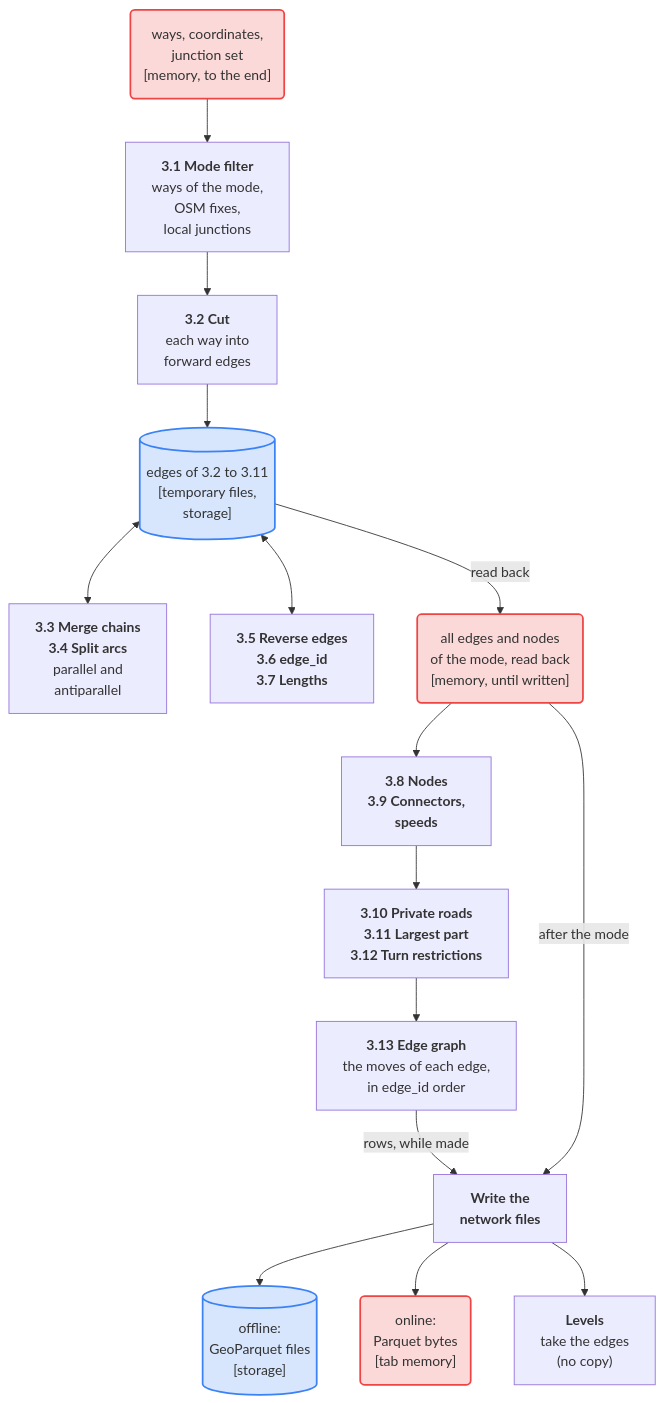
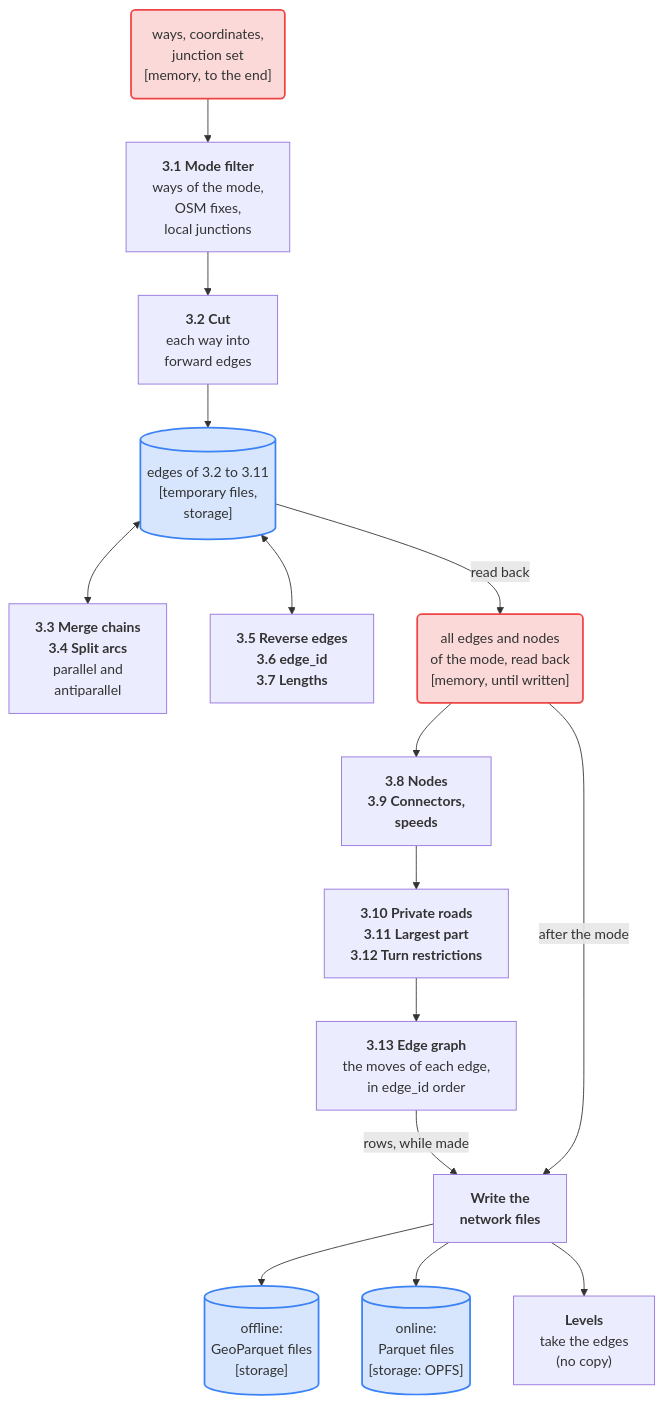
The third of 3 diagrams in docs/concepts/offline-online.md (Khoshkhah/duckOSM), drawn with Mermaid before and after one commit. The commit also changed other lines of this file, not shown here.

First line of the commit message:
Docs: online, the result files go straight to OPFS (Studio PR 151)

````diff
--- a/docs/concepts/offline-online.md
+++ b/docs/concepts/offline-online.md
@@ -133,33 +131,33 @@
 ```mermaid
 flowchart TB
     IN("ways, coordinates,<br/>junction set<br/>[memory, to the end]")
     S0["<b>3.1 Mode filter</b><br/>ways of the mode,<br/>OSM fixes,<br/>local junctions"]
     S1["<b>3.2 Cut</b><br/>each way into<br/>forward edges"]
     M1[("edges of 3.2 to 3.11<br/>[temporary files,<br/>storage]")]
     S2["<b>3.3 Merge chains</b><br/><b>3.4 Split arcs</b><br/>parallel and<br/>antiparallel"]
     S5["<b>3.5 Reverse edges</b><br/><b>3.6 edge_id</b><br/><b>3.7 Lengths</b>"]
     M5("all edges and nodes<br/>of the mode, read back<br/>[memory, until written]")
     S8["<b>3.8 Nodes</b><br/><b>3.9 Connectors,</b><br/><b>speeds</b>"]
     S9["<b>3.10 Private roads</b><br/><b>3.11 Largest part</b><br/><b>3.12 Turn restrictions</b>"]
     S9b["<b>3.13 Edge graph</b><br/>the moves of each edge,<br/>in edge_id order"]
     W["<b>Write the</b><br/><b>network files</b>"]
     LV["<b>Levels</b><br/>take the edges<br/>(no copy)"]
     F1[("offline:<br/>GeoParquet files<br/>[storage]")]
-    F2("online:<br/>Parquet bytes<br/>[tab memory]")
+    F2[("online:<br/>Parquet files<br/>[storage: OPFS]")]
 
     IN --> S0 --> S1 --> M1
     M1 <--> S2
     M1 <--> S5
     M1 -- "read back" --> M5
     M5 --> S8 --> S9 --> S9b
     S9b -- "rows, while made" --> W
     M5 -- "after the mode" --> W
     W --> F1
     W --> F2
     W --> LV
 
     classDef disk fill:#3b82f633,stroke:#3b82f6,stroke-width:2px
     classDef mem fill:#ef444433,stroke:#ef4444,stroke-width:2px
-    class F1,M1 disk
-    class IN,M5,F2 mem
+    class F1,F2,M1 disk
+    class IN,M5 mem
 ```
````
